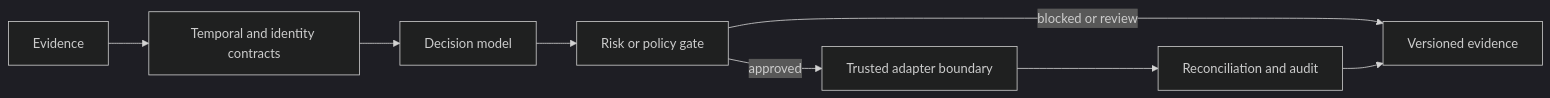
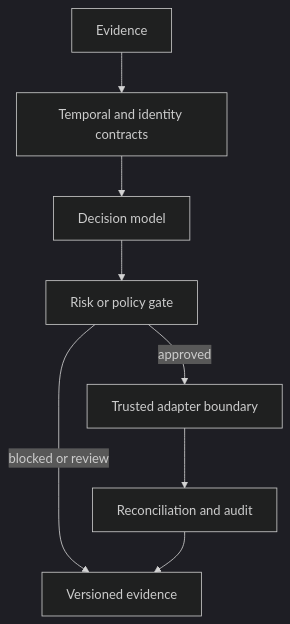
Before and after one commit to Szigor-Research/.github: the diagram in profile/README.md, drawn with Mermaid (dark theme).

Commit message:
docs: improve profile architecture readability

````diff
--- a/profile/README.md
+++ b/profile/README.md
@@ -45,10 +45,10 @@
 ```mermaid
-flowchart LR
+flowchart TD
     E["Evidence"] --> T["Temporal and identity contracts"]
     T --> D["Decision model"]
     D --> G["Risk or policy gate"]
     G -->|"blocked or review"| A["Versioned evidence"]
     G -->|"approved"| X["Trusted adapter boundary"]
     X --> R["Reconciliation and audit"]
     R --> A
 ```
````
